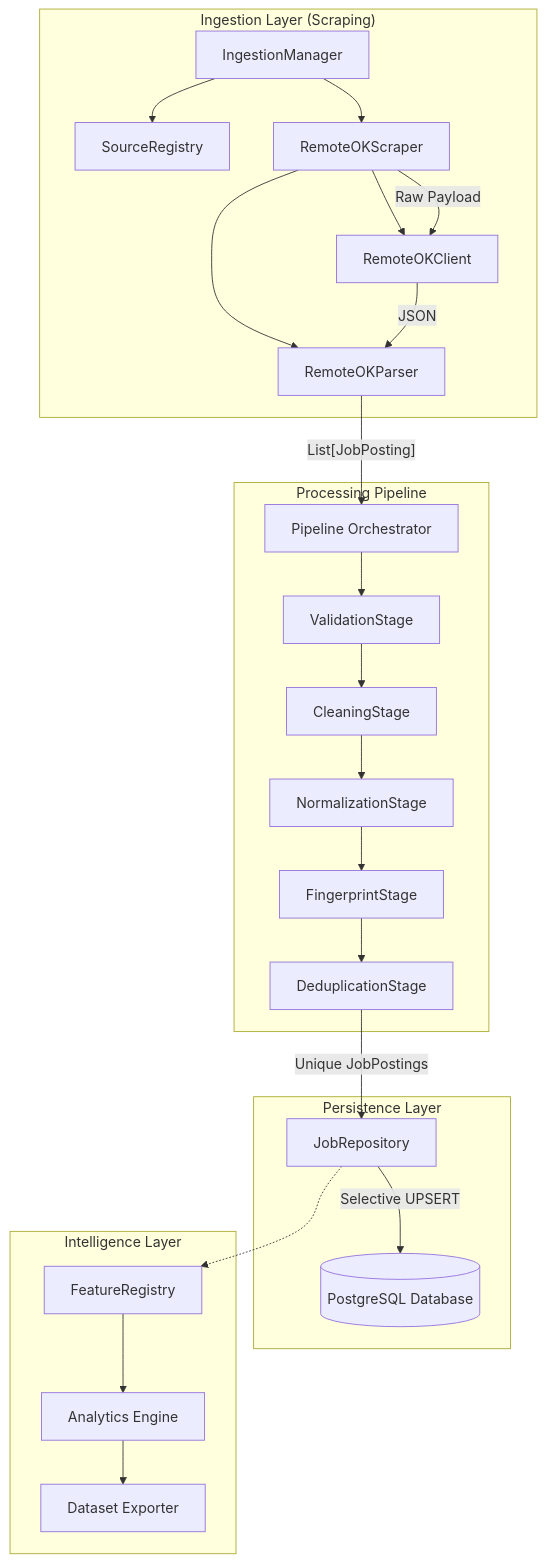
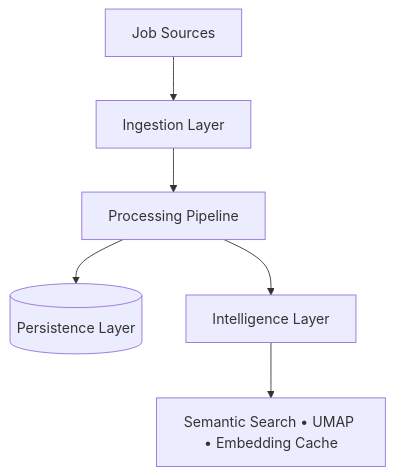
Before and after one commit to mohamedalangr/jobpulse-ai: the diagram in README.md, drawn with Mermaid. The commit also changed other lines of this file and 26 other files, not shown here.

````diff
--- a/README.md
+++ b/README.md
@@ -20,42 +15,8 @@
 ```mermaid
-graph TD
-    subgraph Ingestion["Ingestion Layer (Scraping)"]
-        A[IngestionManager] --> B[SourceRegistry]
-        A --> C[RemoteOKScraper]
-        
-        C --> E[RemoteOKClient]
-        C --> F[RemoteOKParser]
-    end
-
-    subgraph Processing["Processing Pipeline"]
-        G[Pipeline Orchestrator]
-        H[ValidationStage]
-        I[CleaningStage]
-        J[NormalizationStage]
-        K[FingerprintStage]
-        L[DeduplicationStage]
-        
-        G --> H --> I --> J --> K --> L
-    end
-
-    subgraph Persistence["Persistence Layer"]
-        O[JobRepository]
-        P[(PostgreSQL Database)]
-        
-        O -->|Selective UPSERT| P
-    end
-
-    subgraph Intelligence["Intelligence Layer"]
-        Q[FeatureRegistry]
-        R[Analytics Engine]
-        S[Dataset Exporter]
-    end
-
-    C -- "Raw Payload" --> E
-    E -- "JSON" --> F
-    F -- "List[JobPosting]" --> G
-    L -- "Unique JobPostings" --> O
-    O -.-> Q
-    Q --> R
-    R --> S
+flowchart TD
+    A[Job Sources] --> B[Ingestion Layer]
+    B --> C[Processing Pipeline]
+    C --> D[(Persistence Layer)]
+    C --> E[Intelligence Layer]
+    E --> F[Semantic Search • UMAP • Embedding Cache]
 ```
````
